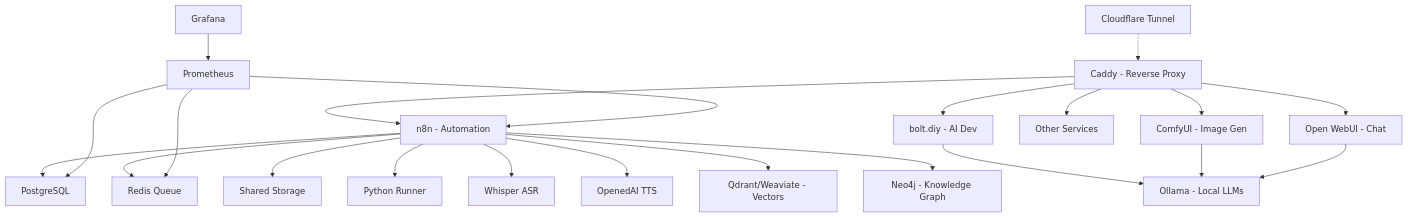
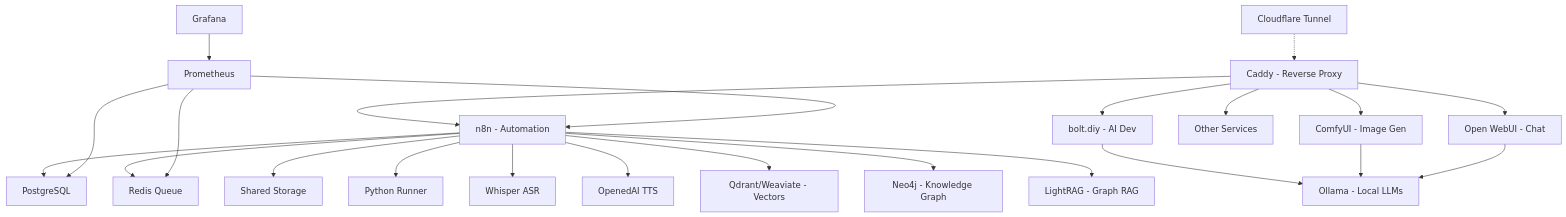
Before and after one commit to tjcork/ai-launchkit: the diagram in README.md, drawn with Mermaid. The commit also changed other lines of this file and 6 other files, not shown here.

First line of the commit message:
feat: Add LightRAG graph-based RAG service with authentication

````diff
--- a/README.md
+++ b/README.md
@@ -742,30 +837,31 @@
 ```mermaid
 graph TD
     A[Caddy - Reverse Proxy] --> B[n8n - Automation]
     A --> C[bolt.diy - AI Dev]
     A --> D[ComfyUI - Image Gen]
     A --> E[Open WebUI - Chat]
     A --> F[Other Services]
     
     CF[Cloudflare Tunnel] -.-> A
     
     B --> G[PostgreSQL]
     B --> H[Redis Queue]
     B --> I[Shared Storage]
     B --> PR[Python Runner]
     
     B --> M[Whisper ASR]
     B --> N[OpenedAI TTS]
     
     B --> O[Qdrant/Weaviate - Vectors]
     B --> P[Neo4j - Knowledge Graph]
+    B --> LR[LightRAG - Graph RAG]
     
     C --> J[Ollama - Local LLMs]
     D --> J
     E --> J
     
     K[Grafana] --> L[Prometheus]
     L --> B
     L --> G
     L --> H
 ```
````
